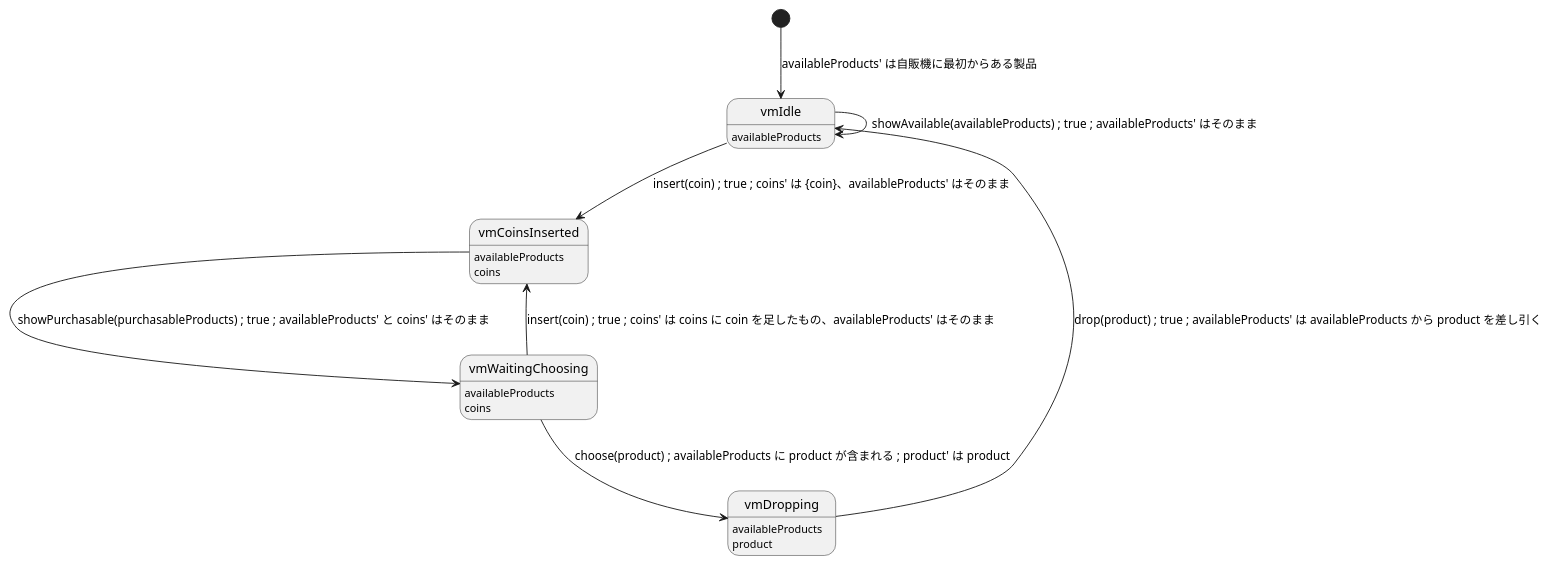
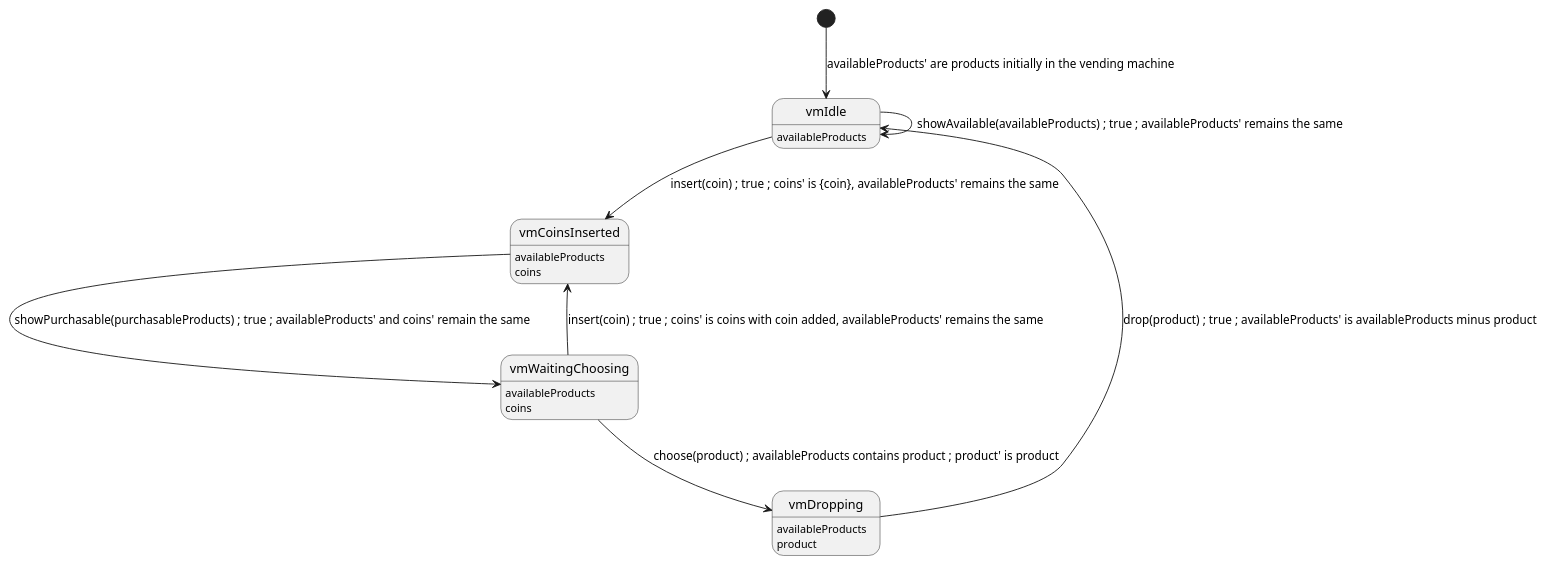
Before and after one commit to Kuniwak/puml-parallel: the diagram in examples/vendormachine.puml, drawn with PlantUML. The commit also changed 9 other files, not shown here.

```diff
--- a/examples/vendormachine.puml
+++ b/examples/vendormachine.puml
@@ -1,23 +1,23 @@
 @startuml
 
 state "vmIdle" as vmIdle
 vmIdle: availableProducts
 state "vmCoinsInserted" as vmCoinsInserted
 vmCoinsInserted: availableProducts
 vmCoinsInserted: coins
 state "vmWaitingChoosing" as vmWaitingChoosing
 vmWaitingChoosing: availableProducts
 vmWaitingChoosing: coins
 state "vmDropping" as vmDropping
 vmDropping: availableProducts
 vmDropping: product
 
-[*] --> vmIdle : availableProducts' は自販機に最初からある製品
-vmIdle --> vmIdle : showAvailable(availableProducts) ; true ; availableProducts' はそのまま
-vmIdle --> vmCoinsInserted : insert(coin) ; true ; coins' は {coin}、availableProducts' はそのまま
-vmCoinsInserted --> vmWaitingChoosing : showPurchasable(purchasableProducts) ; true ; availableProducts' と coins' はそのまま
-vmWaitingChoosing --> vmCoinsInserted : insert(coin) ; true ; coins' は coins に coin を足したもの、availableProducts' はそのまま
-vmWaitingChoosing --> vmDropping : choose(product) ; availableProducts に product が含まれる ; product' は product
-vmDropping --> vmIdle : drop(product) ; true ; availableProducts' は availableProducts から product を差し引く
+[*] --> vmIdle : availableProducts' are products initially in the vending machine
+vmIdle --> vmIdle : showAvailable(availableProducts) ; true ; availableProducts' remains the same
+vmIdle --> vmCoinsInserted : insert(coin) ; true ; coins' is {coin}, availableProducts' remains the same
+vmCoinsInserted --> vmWaitingChoosing : showPurchasable(purchasableProducts) ; true ; availableProducts' and coins' remain the same
+vmWaitingChoosing --> vmCoinsInserted : insert(coin) ; true ; coins' is coins with coin added, availableProducts' remains the same
+vmWaitingChoosing --> vmDropping : choose(product) ; availableProducts contains product ; product' is product
+vmDropping --> vmIdle : drop(product) ; true ; availableProducts' is availableProducts minus product
 
 @enduml
```
